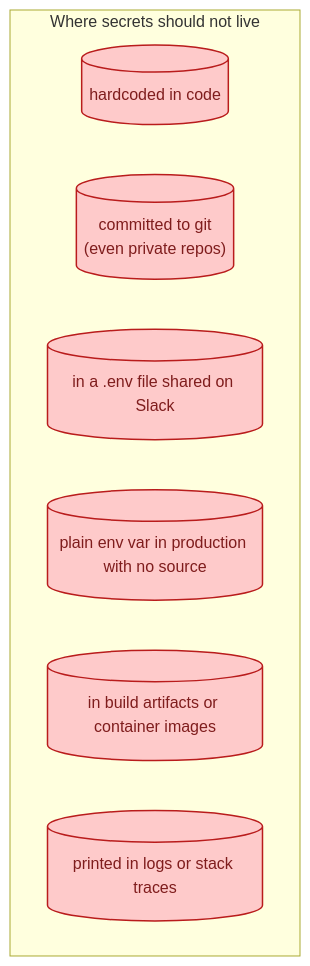
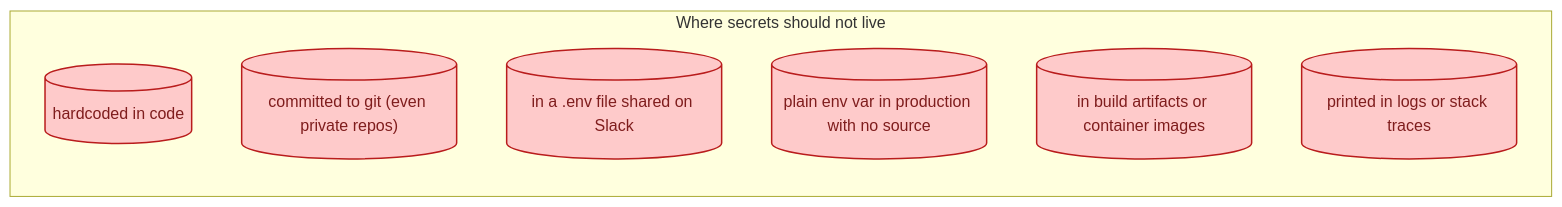
The first of 5 diagrams in _sd_concepts/055-secrets-management.md (shiningflash/shiningflash.github.io), drawn with Mermaid before and after one commit. The commit also changed 8 other files, not shown here.

First line of the commit message:
Fix diagrams that rendered cramped at column width

````diff
--- a/_sd_concepts/055-secrets-management.md
+++ b/_sd_concepts/055-secrets-management.md
@@ -14,14 +14,14 @@
 ```mermaid
 flowchart TB
     subgraph BAD["Where secrets should not live"]
-        direction LR
+        direction TB
         B1[("hardcoded in code")]:::dead
-        B2[("committed to git<br/>(even private repos)")]:::dead
+        B2[("committed to git (even private repos)")]:::dead
         B3[("in a .env file shared on Slack")]:::dead
         B4[("plain env var in production with no source")]:::dead
         B5[("in build artifacts or container images")]:::dead
         B6[("printed in logs or stack traces")]:::dead
     end
 
     classDef dead fill:#fecaca,stroke:#b91c1c,color:#7f1d1d,stroke-width:1.5px
 ```
````
